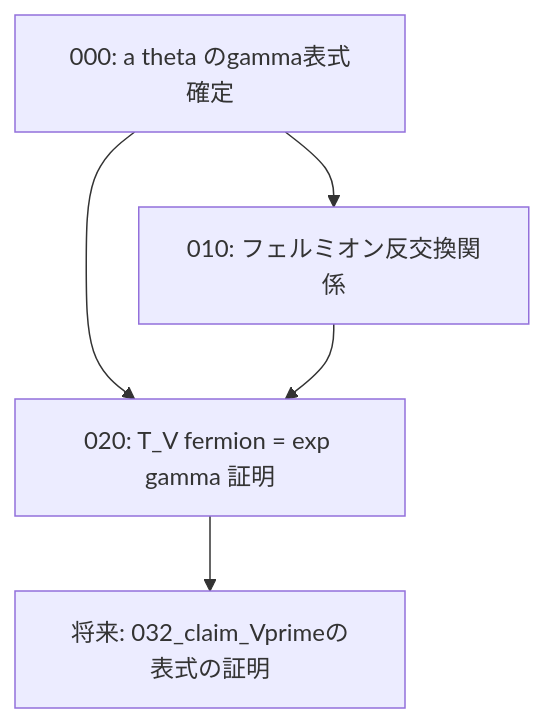
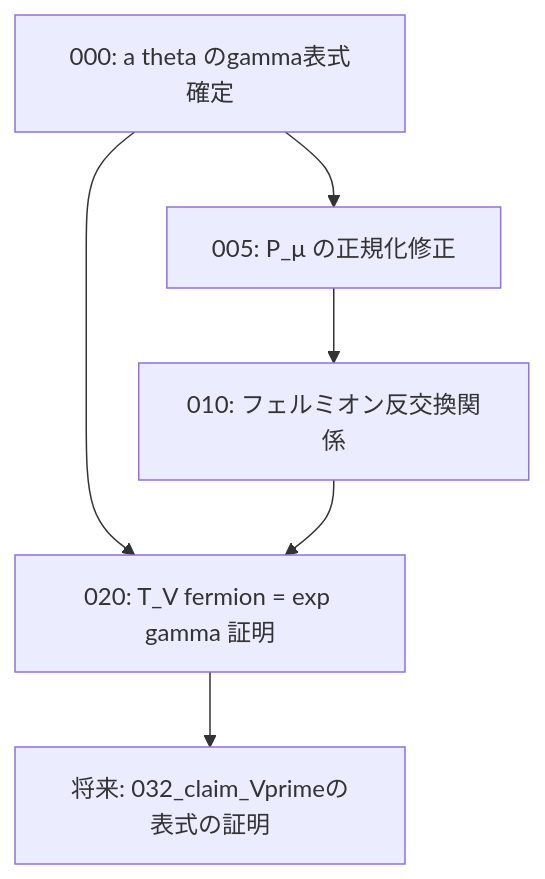
The diagram in docs/tasks/fermion-B13/task-dependency-graph.md (masaori/exact-solution-of-2d-ising-model), drawn with Mermaid before and after one commit. The commit also changed other lines of this file and 11 other files, not shown here.

````diff
--- a/docs/tasks/fermion-B13/task-dependency-graph.md
+++ b/docs/tasks/fermion-B13/task-dependency-graph.md
@@ -21,7 +22,8 @@
 ```mermaid
 graph TD
-    A[000: a theta のgamma表式確定] --> B[010: フェルミオン反交換関係]
+    A[000: a theta のgamma表式確定] --> E[005: P_μ の正規化修正]
+    E --> B[010: フェルミオン反交換関係]
     A --> C[020: T_V fermion = exp gamma 証明]
     B --> C
     C --> D[将来: 032_claim_Vprimeの表式の証明]
 ```
````
